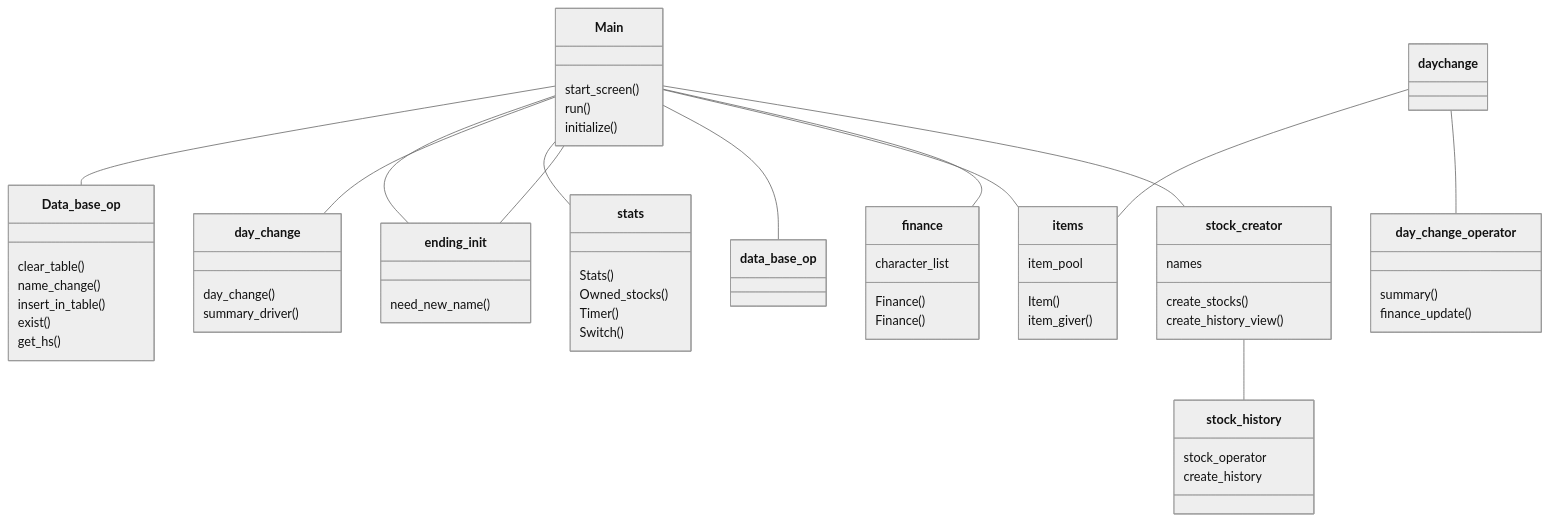
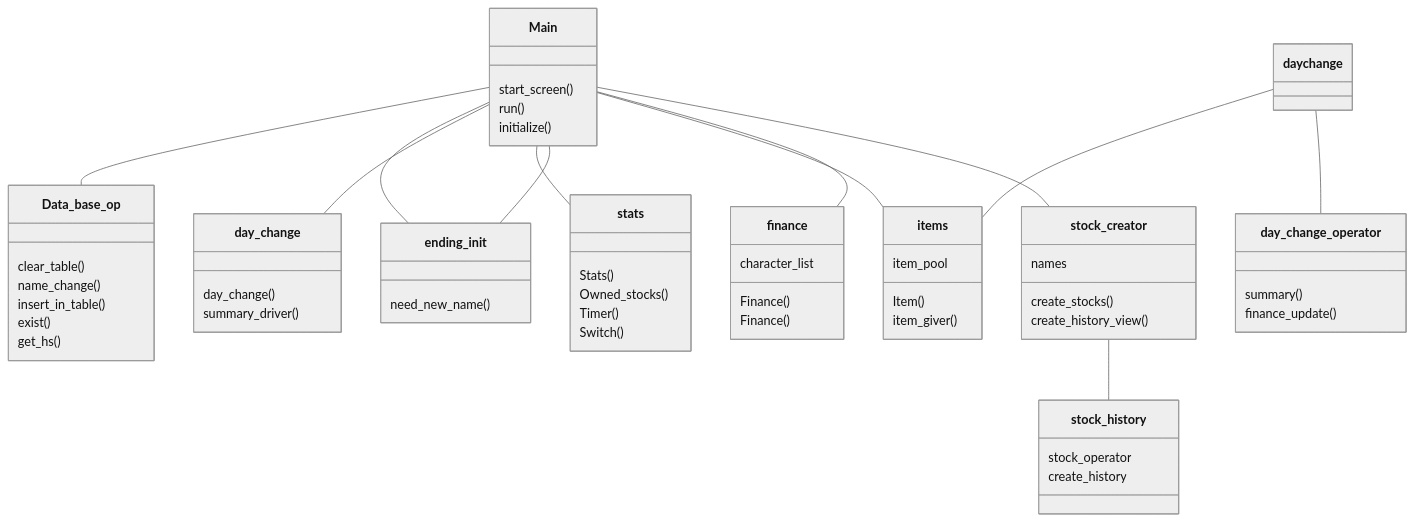
One commit to sepaww/ot-harjoitustyo changed the second of 6 diagrams in dokumentaatio/arkkitehtuuri.md. Above: the diagram before and after it, drawn with Mermaid (neutral theme).

````diff
--- a/dokumentaatio/arkkitehtuuri.md
+++ b/dokumentaatio/arkkitehtuuri.md
@@ -103,73 +103,73 @@
  ```mermaid
  classDiagram
       Main -- stock_creator
        Main -- finance
         Main -- items
-         Main -- data_base_op
+         
          Main -- ending_init
          Main -- stats
          Main -- day_change
          Main -- ending_init
          Main -- Data_base_op
          daychange -- day_change_operator
          daychange -- items
       class Main{
           start_screen()
           run()
           initialize()
       }
       class items{
           Item()
           item_pool
           item_giver()
       }
       stock_creator -- stock_history
       class stock_creator{
           names
           create_stocks()
           create_history_view()
           
       }
       
       class stock_history{
           stock_operator
           create_history
           
       }
       
       class Data_base_op{
           clear_table()
           name_change()
           insert_in_table()
           exist()
           get_hs()
           
       }
       
       class finance{
           Finance()
       }
       class stats{
       Stats()
       Owned_stocks()
       Timer()
       Switch()
           
       }
       class finance{
       character_list
       Finance()
       }
       class day_change{
       day_change()
       summary_driver()
       }
       class day_change_operator{
       summary()
       finance_update()
       }
       class ending_init{
       need_new_name()
       }
       
 ```
````
